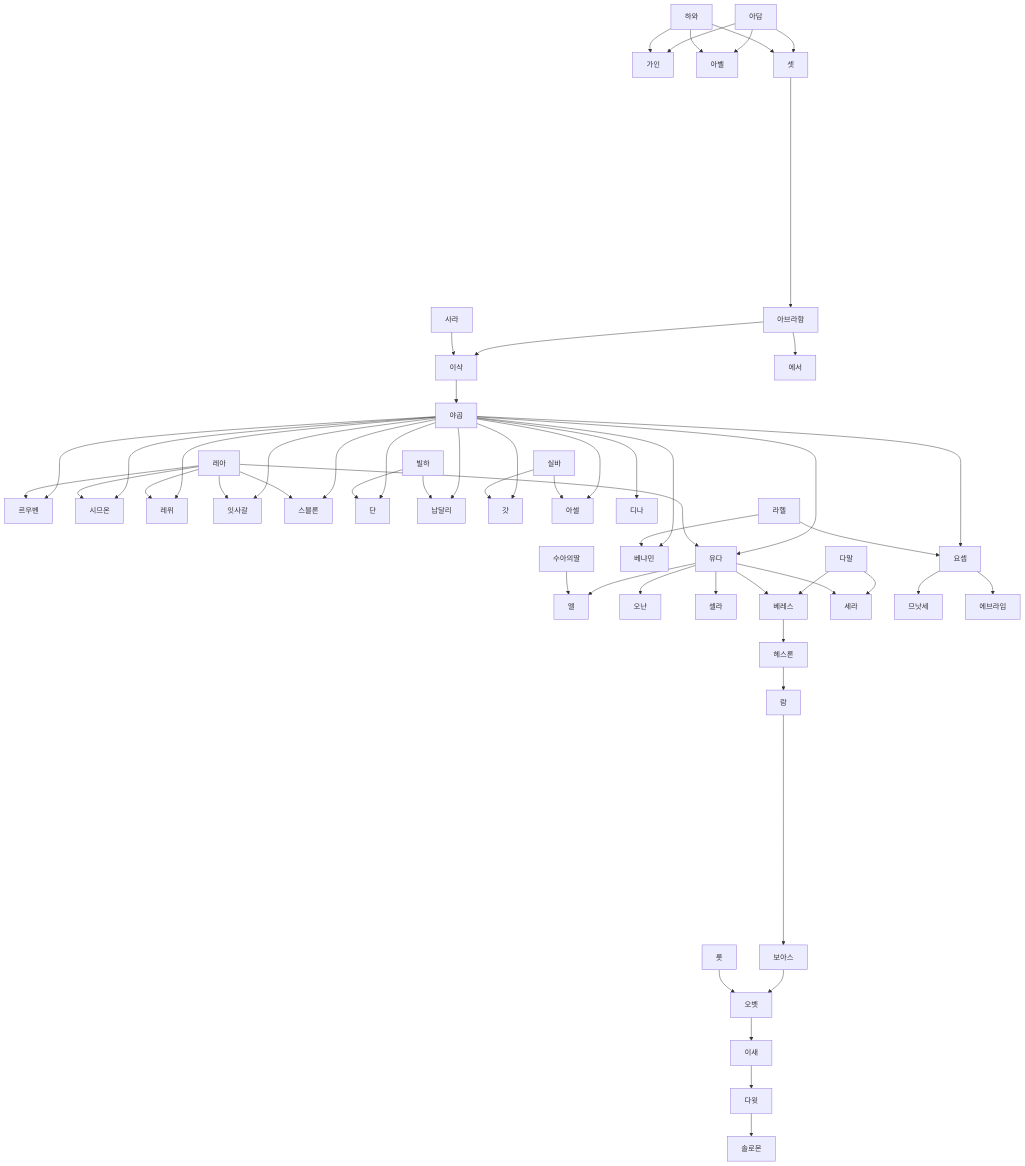
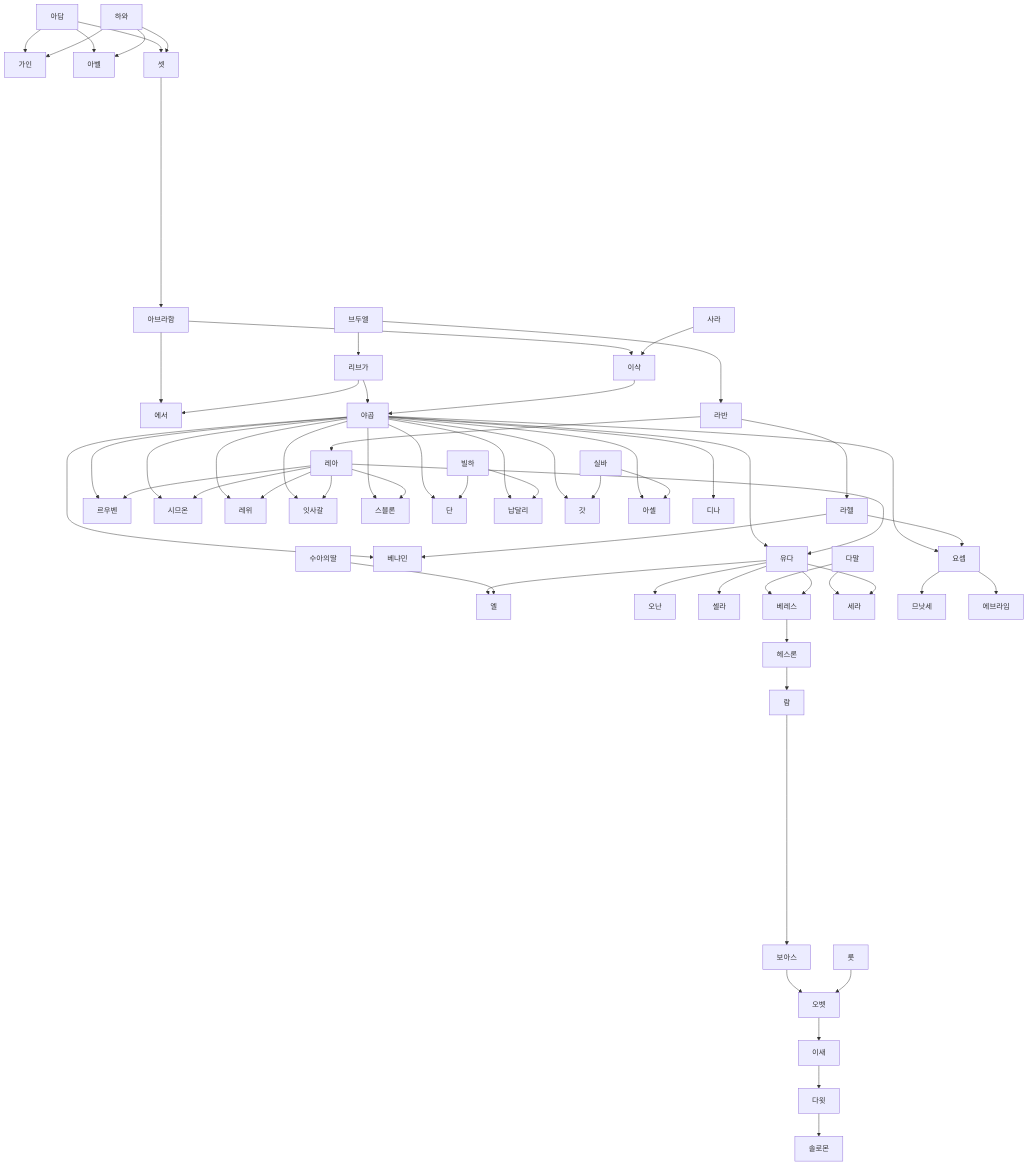
Before and after one commit to daewonyoon/historigram: the diagram in 기독교/성경가계도.md, drawn with Mermaid.

Commit message:
라반 등 추가

````diff
--- a/기독교/성경가계도.md
+++ b/기독교/성경가계도.md
@@ -1,66 +1,75 @@
 ```mermaid
 flowchart TD
 
  아담 --> 가인
  아담 --> 아벨
  아담 --> 셋
  
  하와 --> 가인
  하와 --> 아벨
  하와 --> 셋
  
  
  셋 -------------------> 아브라함 --> 이삭
  사라 --> 이삭
  아브라함 --> 에서
+
+ 브두엘 --> 리브가
+ 브두엘 --> 라반
+
+ 리브가 --> 에서
+ 리브가 --> 야곱
+
+ 라반 --> 라헬
+ 라반 --> 레아
  
  이삭 --> 야곱
  
  야곱 ---> 르우벤
  야곱 ---> 시므온
  야곱 ---> 레위
  야곱 ----> 유다
  야곱 ---> 잇사갈
  야곱 ---> 스블론
  야곱 ---> 단
  야곱 ---> 납달리
  야곱 ---> 갓
  야곱 ---> 아셀
  야곱 ----> 베냐민
  야곱 ---> 디나
  야곱 ----> 요셉
  레아 --> 르우벤
  레아 --> 시므온
  레아 --> 레위
  레아 --> 유다
  빌하 --> 단
  빌하 --> 납달리
  실바 --> 갓
  실바 --> 아셀
  레아 --> 잇사갈
  레아 --> 스블론
  
  라헬 --> 요셉
  라헬 --> 베냐민
 
  유다 --> 엘
  유다 --> 오난
  유다 --> 셀라
  수아의딸 --> 엘
  
  다말 --> 베레스
  다말 --> 세라
  유다 --> 베레스
  유다 --> 세라
  
  요셉 --> 므낫세
  요셉 --> 에브라임
  
  베레스 --> 헤스론 --> 람 -------------> 보아스
  
  보아스 --> 오벳
  룻 --> 오벳
  
  오벳 --> 이새 --> 다윗  --> 솔로몬
  
 ```
````
